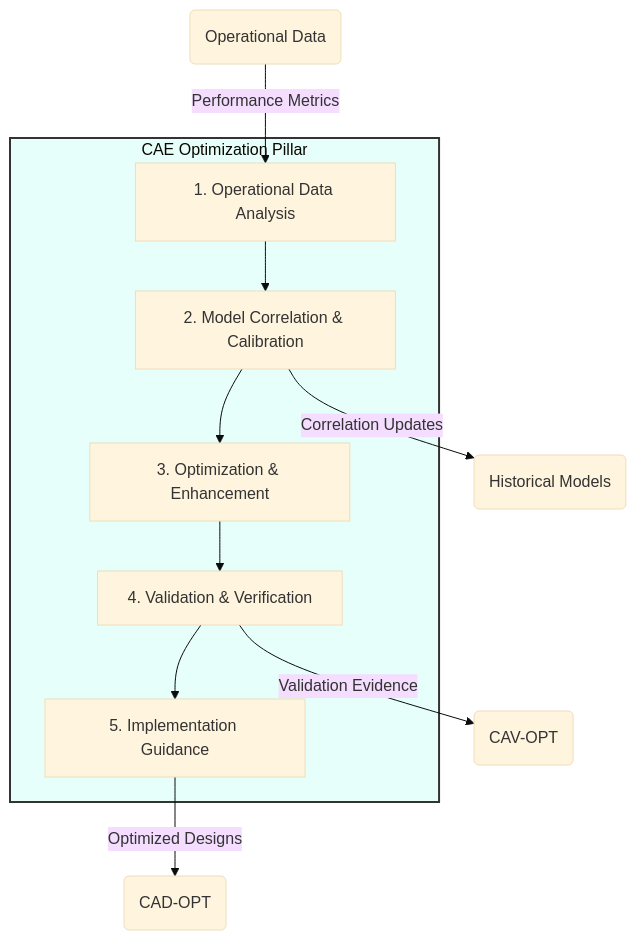
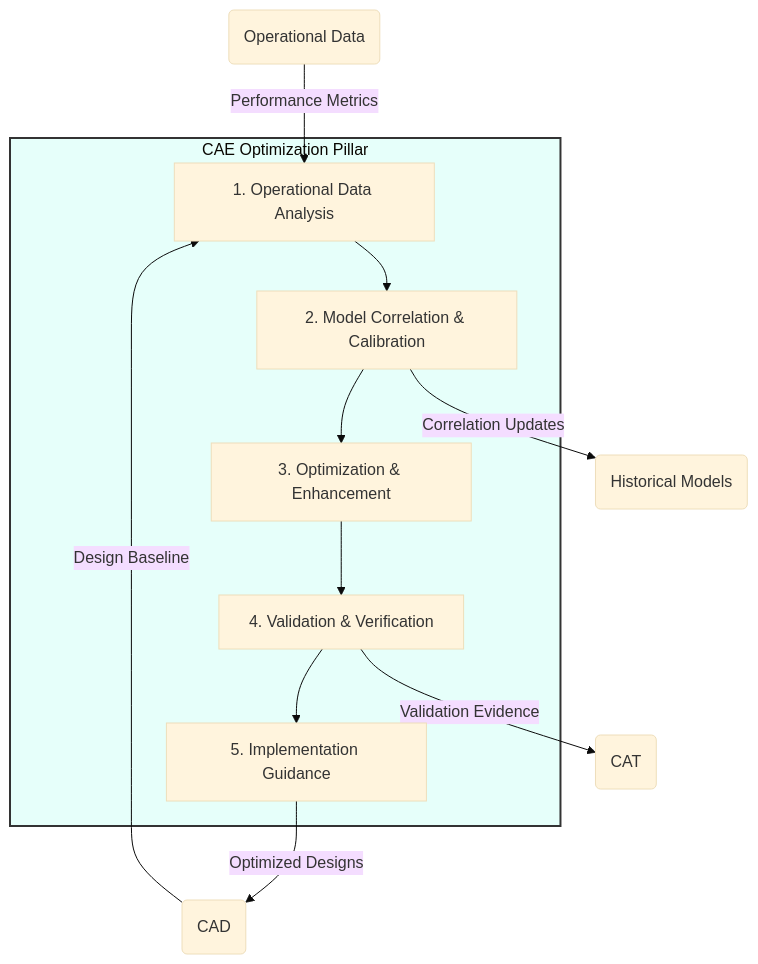
The first of 2 diagrams in C-AMEDEO-FRAMEWORK/CA-OPTIMISED/CAE-ENGINEERING/README.md (Robbbo-T/Robbbo-T-LEGACY), drawn with Mermaid (base theme) before and after one commit. The commit also changed other lines of this file and 2 other files, not shown here.

Commit message:
Fix QAL flow integration in CA-OPTIMISED documents

````diff
--- a/C-AMEDEO-FRAMEWORK/CA-OPTIMISED/CAE-ENGINEERING/README.md
+++ b/C-AMEDEO-FRAMEWORK/CA-OPTIMISED/CAE-ENGINEERING/README.md
@@ -9,17 +9,18 @@
 ```mermaid
 graph TD
   subgraph CAE_OPT [CAE Optimization Pillar]
     Data[1. Operational Data Analysis] -->
     Corr[2. Model Correlation & Calibration] -->
     Opt[3. Optimization & Enhancement] -->
     Val[4. Validation & Verification] -->
     Impl[5. Implementation Guidance]
   end
 
+  CAD(CAD) -->|Design Baseline| Data
   OPS(Operational Data) -->|Performance Metrics| Data
-  Impl -->|Optimized Designs| CAD_OPT(CAD-OPT)
-  Val -->|Validation Evidence| CAV_OPT(CAV-OPT)
+  Impl -->|Optimized Designs| CAD(CAD)
+  Val -->|Validation Evidence| CAT(CAT)
   Corr -->|Correlation Updates| Historical(Historical Models)
 
   style CAE_OPT fill:#e6fffa,stroke:#333,stroke-width:2px
 ```
````
